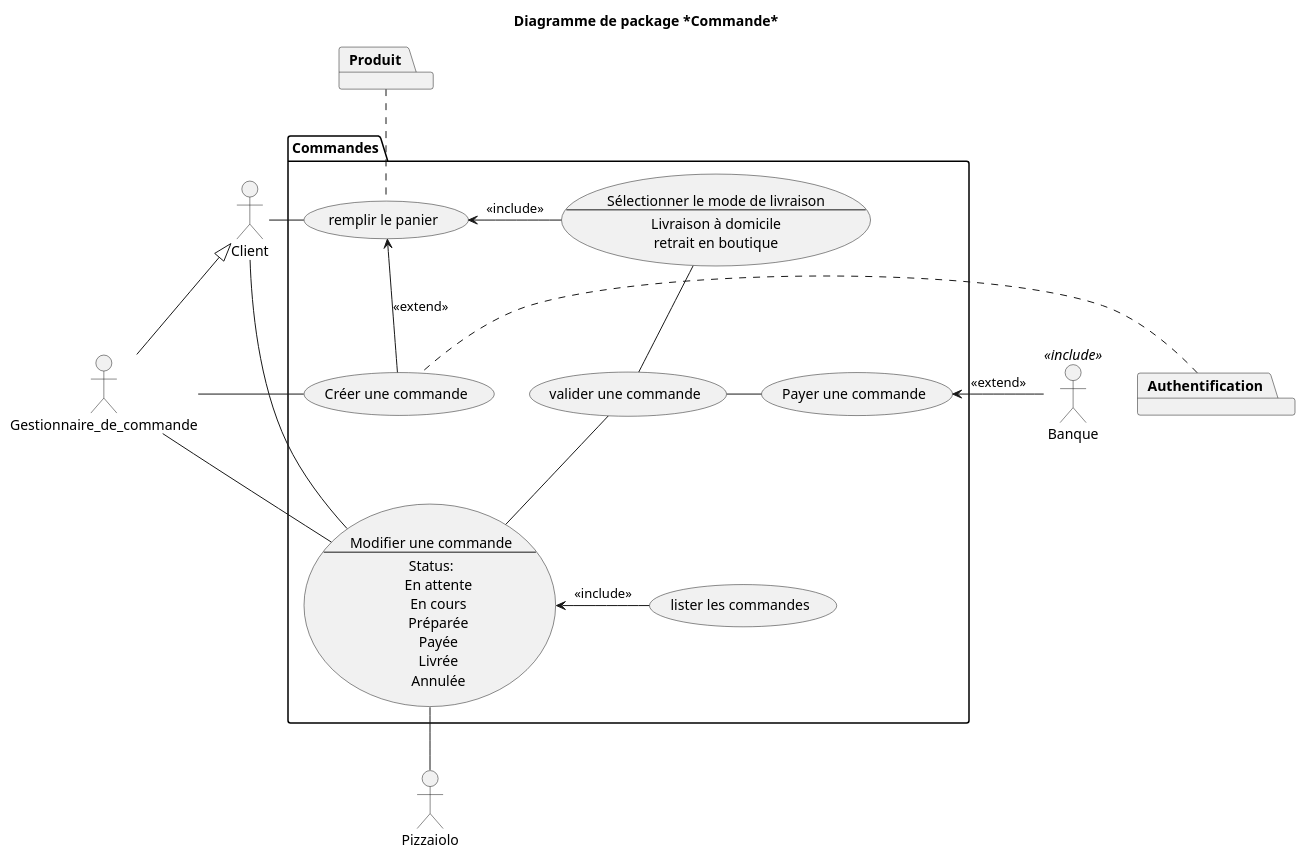
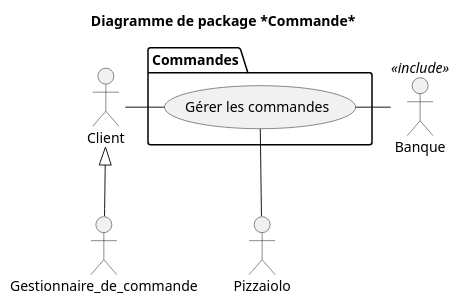
Before and after one commit to Zepmanbc/oc_dapython_pr4: the diagram in v3/uml/03_commande.puml, drawn with PlantUML. The commit also changed 2 other files, not shown here.

```diff
--- a/v3/uml/03_commande.puml
+++ b/v3/uml/03_commande.puml
@@ -1,63 +1,20 @@
 @startuml 03_commande
 title Diagramme de package *Commande*
 
 actor Gestionnaire_de_commande as GESTCMD
 actor Client as CUSTOMER
 actor Banque <<include>> as BANK
 actor Pizzaiolo as PZLO
 
 package Commandes{
     ' left to right direction
-    (Créer une commande) as CREATE_CMD
-    ' (Modifier une commande) as MODIFY_CMD
-    usecase MODIFY_CMD as "Modifier une commande
-    --
-    Status:
-        En attente
-        En cours
-        Préparée
-        Payée
-        Livrée
-        Annulée
-    "
-    (valider une commande) AS CONFIRM_CMD
-    (remplir le panier) AS ADD_BASKET
-    (lister les commandes) as LIST_CMD
-    (Payer une commande) as PAY_CMD
-    ' (Sélectionner le mode de livraison) as SELECT_DELIVER
-    usecase SELECT_DELIVER as "Sélectionner le mode de livraison
-    --
-    Livraison à domicile
-    retrait en boutique"
-    
+    (Gérer les commandes) as CMD
 }
-package Authentification
-package Produit
 
-' CUSTOMER <|-- GESTCMD
+CUSTOMER <|-- GESTCMD
+CUSTOMER - CMD
+CMD -- PZLO
+CMD - BANK
 
-CUSTOMER - ADD_BASKET
-CUSTOMER <|-- GESTCMD
-
-GESTCMD - CREATE_CMD
-ADD_BASKET <-- CREATE_CMD : <<extend>>
-
-ADD_BASKET <- SELECT_DELIVER : <<include>>
-SELECT_DELIVER -- CONFIRM_CMD
-CONFIRM_CMD - PAY_CMD
-
-' PAY_CMD - PAY_CASH_CMD
-' PAY_CMD - PAY_ONLINE_CMD
-
-PAY_CMD <- BANK : <<extend>>
-
-CUSTOMER - MODIFY_CMD
-GESTCMD - MODIFY_CMD
-MODIFY_CMD -- PZLO
-CONFIRM_CMD -- MODIFY_CMD
-MODIFY_CMD <- LIST_CMD : <<include>>
-
-Authentification . CREATE_CMD
-Produit .. ADD_BASKET
 
 @enduml
```
